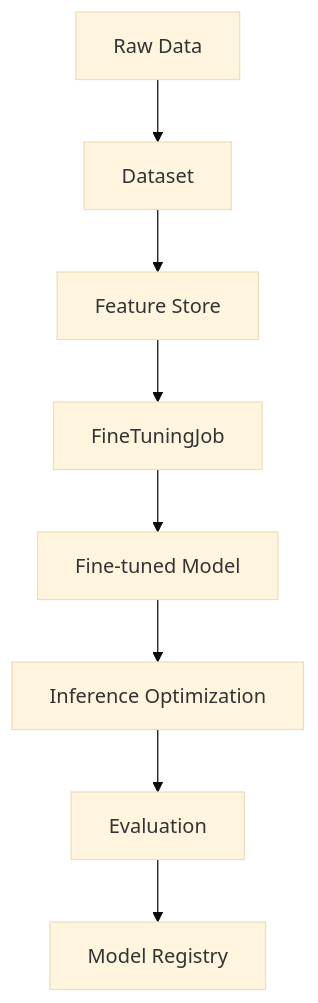
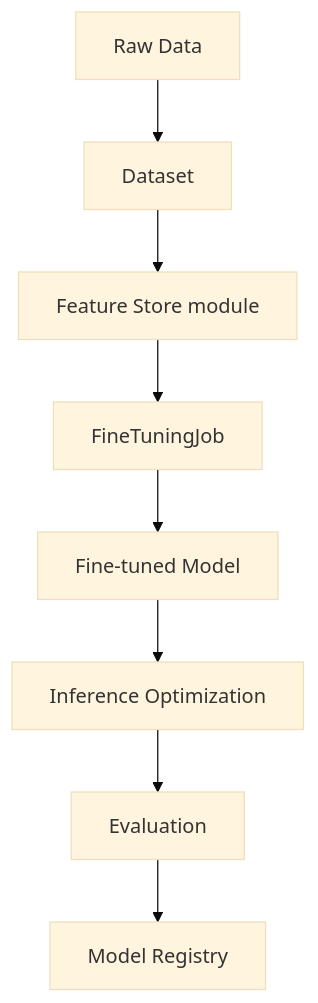
One commit to docxology/codomyrmex changed the diagram in docs/modules/model_ops/SPEC.md. Above: the diagram before and after it, drawn with Mermaid (base theme). The commit also changed other lines of this file and 1001 other files, not shown here.

````diff
--- a/docs/modules/model_ops/SPEC.md
+++ b/docs/modules/model_ops/SPEC.md
@@ -18,10 +18,10 @@
 ```mermaid
 graph TD
     Data[Raw Data] --> DS[Dataset]
-    DS --> FS[Feature Store]
+    DS --> FS[Feature Store module]
     FS --> FT[FineTuningJob]
     FT --> Mod[Fine-tuned Model]
     Mod --> OPT[Inference Optimization]
     OPT --> EV[Evaluation]
     EV --> Reg[Model Registry]
 ```
````
